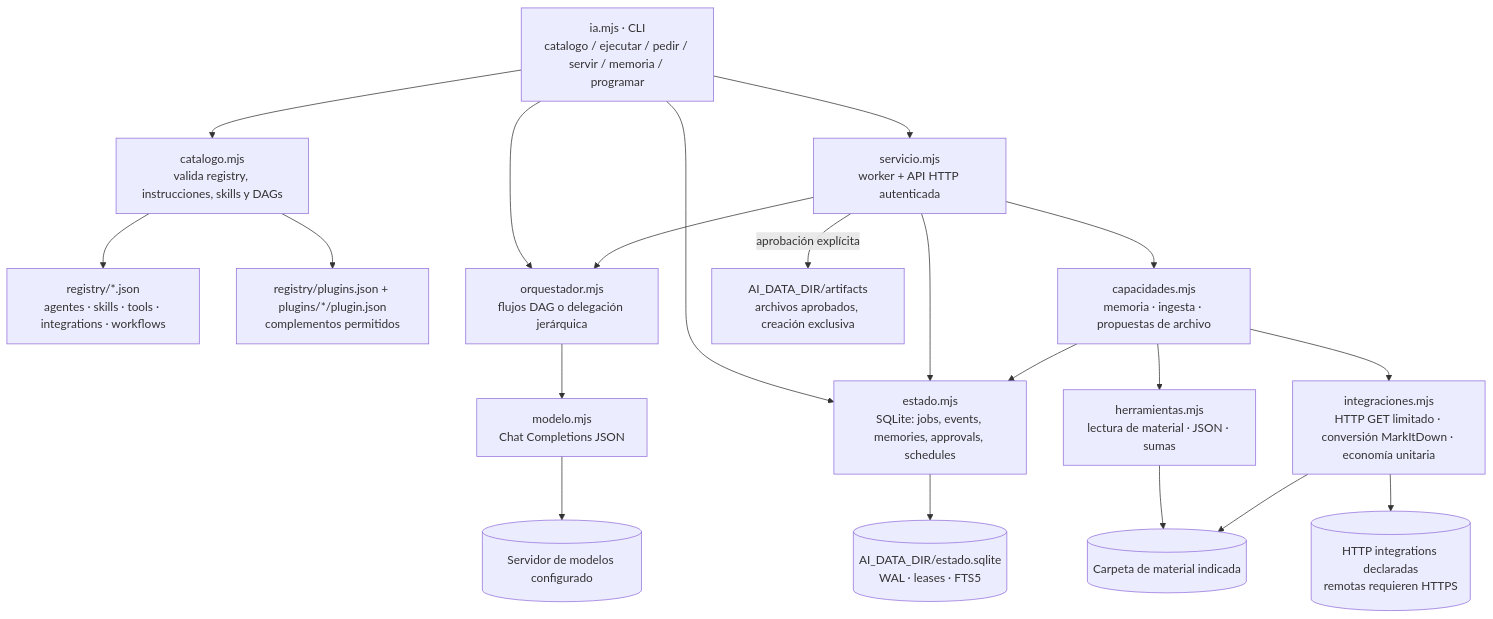
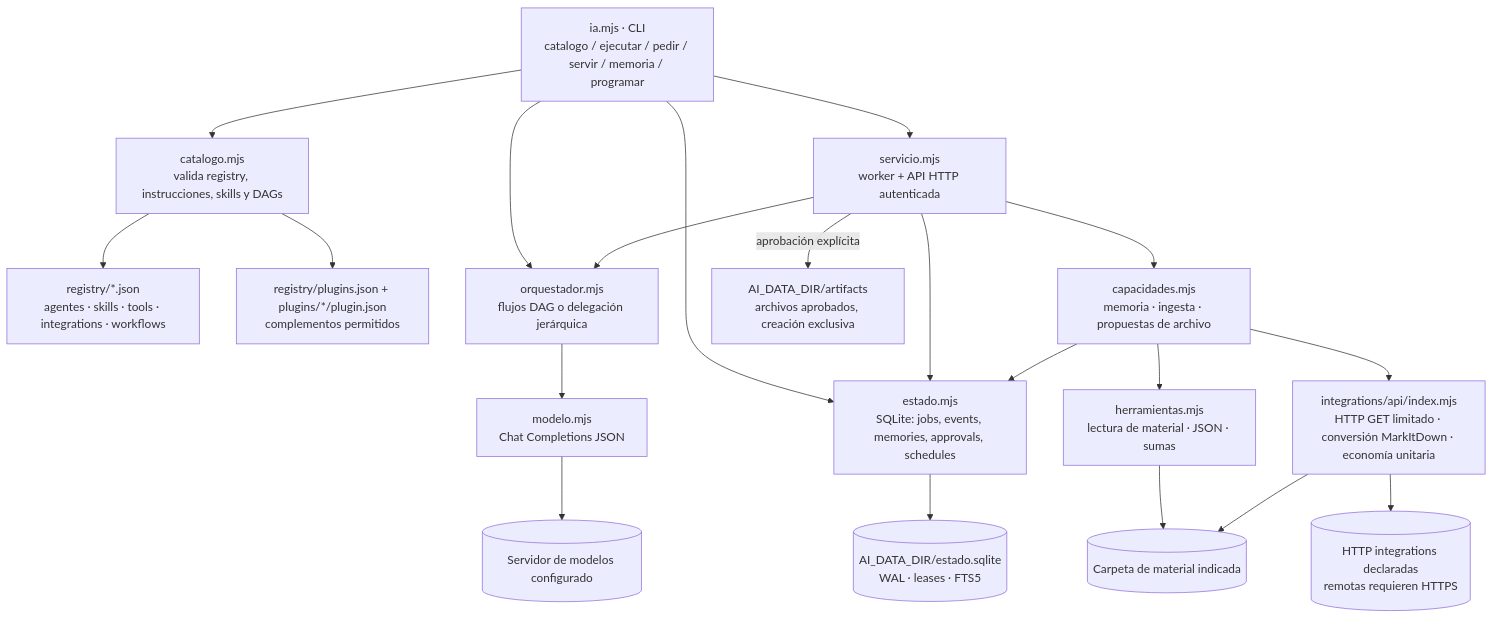
Before and after one commit to vfigueroap/Full-AI-config: the diagram in docs/architecture.md, drawn with Mermaid. The commit also changed other lines of this file and 110 other files, not shown here.

````diff
--- a/docs/architecture.md
+++ b/docs/architecture.md
@@ -5,39 +5,39 @@
 ```mermaid
 flowchart TD
     CLI["ia.mjs · CLI\ncatalogo / ejecutar / pedir / servir / memoria / programar"]
     CAT["catalogo.mjs\nvalida registry, instrucciones, skills y DAGs"]
     REG["registry/*.json\nagentes · skills · tools · integrations · workflows"]
     PLUG["registry/plugins.json + plugins/*/plugin.json\ncomplementos permitidos"]
     ORQ["orquestador.mjs\nflujos DAG o delegación jerárquica"]
     MODEL["modelo.mjs\nChat Completions JSON"]
     LLM[("Servidor de modelos configurado")]
     SERVICE["servicio.mjs\nworker + API HTTP autenticada"]
     STATE["estado.mjs\nSQLite: jobs, events, memories, approvals, schedules"]
     DB[("AI_DATA_DIR/estado.sqlite\nWAL · leases · FTS5")]
     CAP["capacidades.mjs\nmemoria · ingesta · propuestas de archivo"]
     TOOLS["herramientas.mjs\nlectura de material · JSON · sumas"]
-    INT["integraciones.mjs\nHTTP GET limitado · conversión MarkItDown · economía unitaria"]
+    INT["integrations/api/index.mjs\nHTTP GET limitado · conversión MarkItDown · economía unitaria"]
     EXT[("HTTP integrations declaradas\nremotas requieren HTTPS")]
     ART["AI_DATA_DIR/artifacts\narchivos aprobados, creación exclusiva"]
     MAT[("Carpeta de material indicada")]
 
     CLI --> CAT
     CAT --> REG
     CAT --> PLUG
     CLI --> ORQ
     CLI --> STATE
     CLI --> SERVICE
     SERVICE --> STATE
     SERVICE --> ORQ
     SERVICE --> CAP
     ORQ --> MODEL
     MODEL --> LLM
     CAP --> STATE
     CAP --> TOOLS
     CAP --> INT
     TOOLS --> MAT
     INT --> MAT
     INT --> EXT
     SERVICE -->|aprobación explícita| ART
     STATE --> DB
 ```
````
